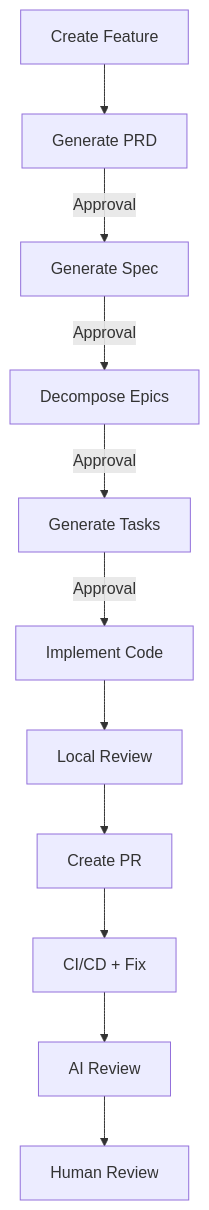
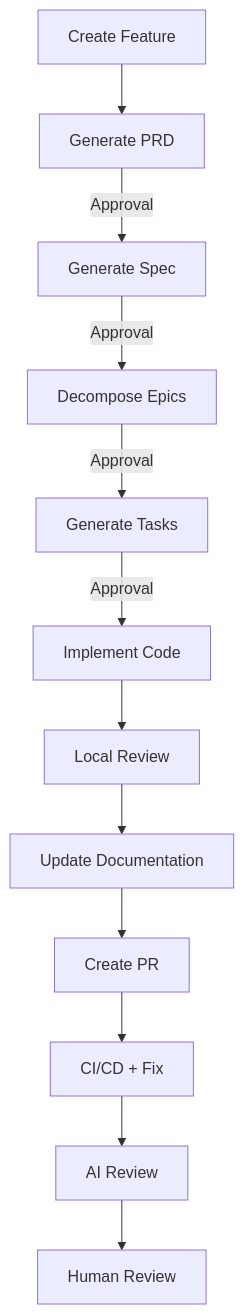
The diagram in docs/index.md (csoceanu/forge), drawn with Mermaid before and after one commit. The commit also changed 6 other files, not shown here.

````diff
--- a/docs/index.md
+++ b/docs/index.md
@@ -7,13 +7,14 @@
 ```mermaid
 graph TD
     A[Create Feature] --> B[Generate PRD]
     B -->|Approval| C[Generate Spec]
     C -->|Approval| D[Decompose Epics]
     D -->|Approval| E[Generate Tasks]
     E -->|Approval| F[Implement Code]
     F --> G[Local Review]
-    G --> H[Create PR]
-    H --> I[CI/CD + Fix]
-    I --> J[AI Review]
-    J --> K[Human Review]
+    G --> H[Update Documentation]
+    H --> I[Create PR]
+    I --> J[CI/CD + Fix]
+    J --> K[AI Review]
+    K --> L[Human Review]
 ```
````
